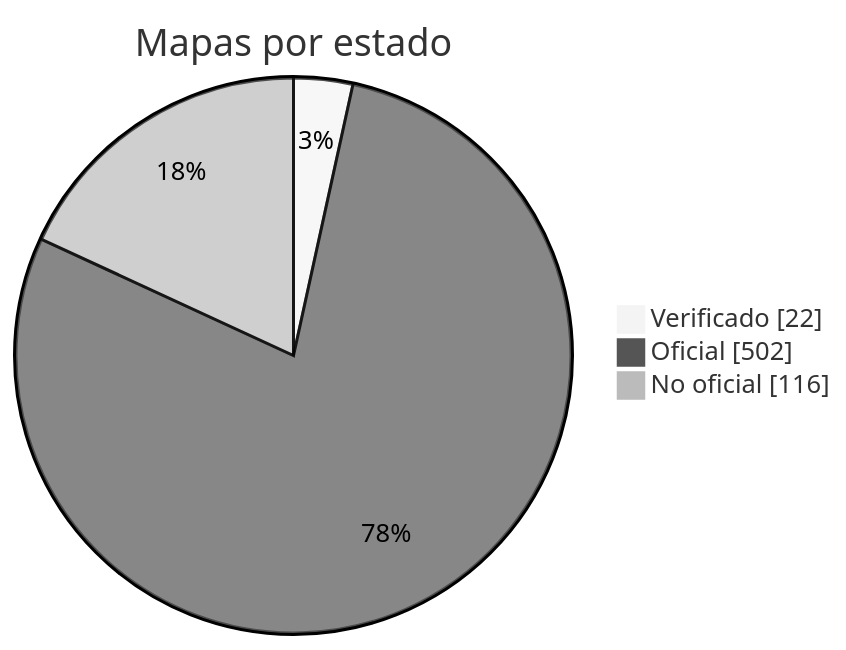
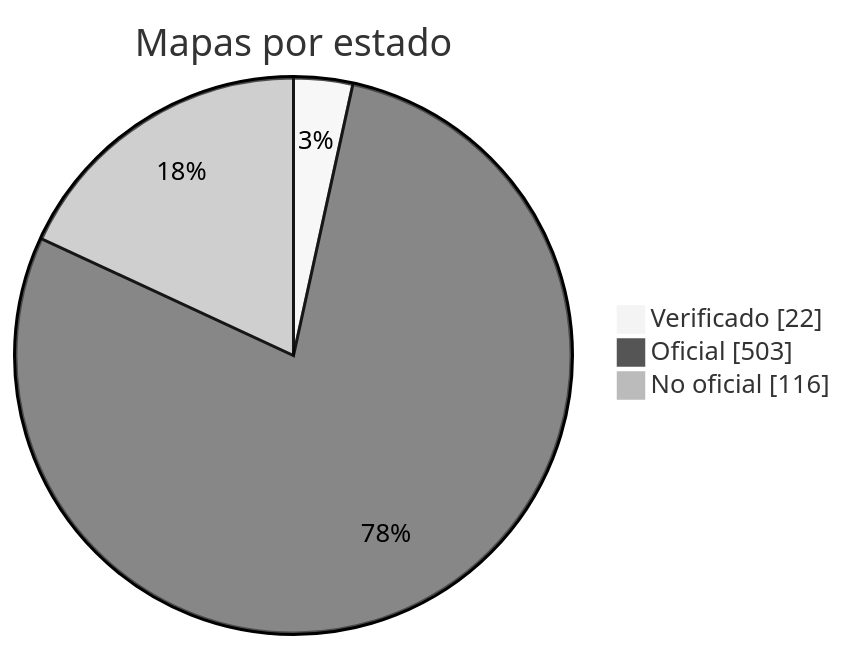
One commit to nobrega8/mbmap-library changed the diagram in docs/readme/README_ES.md. Above: the diagram before and after it, drawn with Mermaid (neutral theme). The commit also changed 6 other files, not shown here.

````diff
--- a/docs/readme/README_ES.md
+++ b/docs/readme/README_ES.md
@@ -54,7 +54,7 @@
 ```mermaid
 pie showData
     title Mapas por estado
     "Verificado" : 22
-    "Oficial" : 502
+    "Oficial" : 503
     "No oficial" : 116
 ```
````
